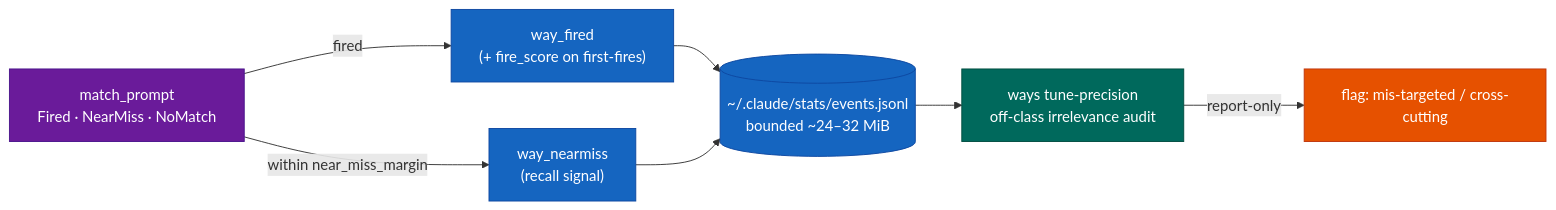
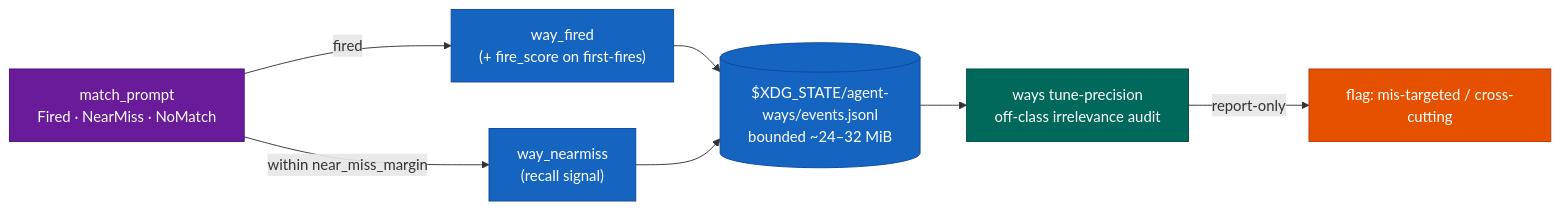
One commit to aaronsb/agent-ways changed the ninth of 13 diagrams in docs/architecture.md. Above: the diagram before and after it, drawn with Mermaid. The commit also changed other lines of this file and 41 other files, not shown here.

````diff
--- a/docs/architecture.md
+++ b/docs/architecture.md
@@ -296,19 +296,19 @@
 ```mermaid
 flowchart LR
     classDef match fill:#6A1B9A,stroke:#4A148C,color:#fff
     classDef log fill:#1565C0,stroke:#0D47A1,color:#fff
     classDef tune fill:#00695C,stroke:#004D40,color:#fff
     classDef apply fill:#E65100,stroke:#BF360C,color:#fff
 
     Scan["match_prompt<br/>Fired · NearMiss · NoMatch"]:::match
 
     Scan -->|fired| WF["way_fired<br/>(+ fire_score on first-fires)"]:::log
     Scan -->|"within near_miss_margin"| NM["way_nearmiss<br/>(recall signal)"]:::log
 
-    WF --> EV[("~/.claude/stats/events.jsonl<br/>bounded ~24–32 MiB")]:::log
+    WF --> EV[("$XDG_STATE/agent-ways/events.jsonl<br/>bounded ~24–32 MiB")]:::log
     NM --> EV
 
     EV --> TP["ways tune-precision<br/>off-class irrelevance audit"]:::tune
 
     TP -->|report-only| Remedy["flag: mis-targeted / cross-cutting"]:::apply
 ```
````
